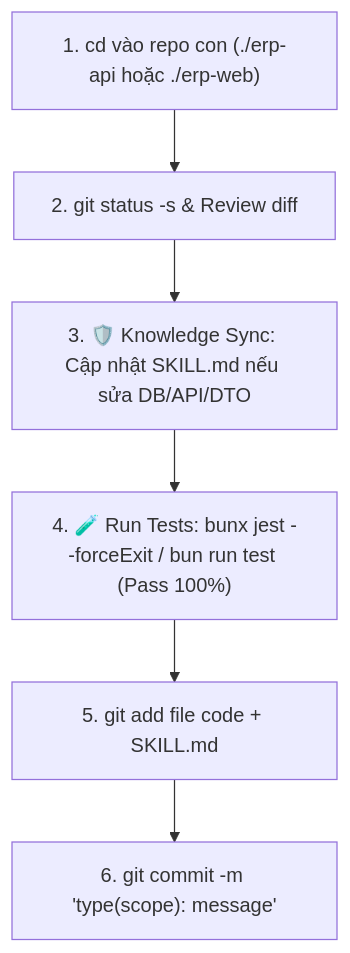
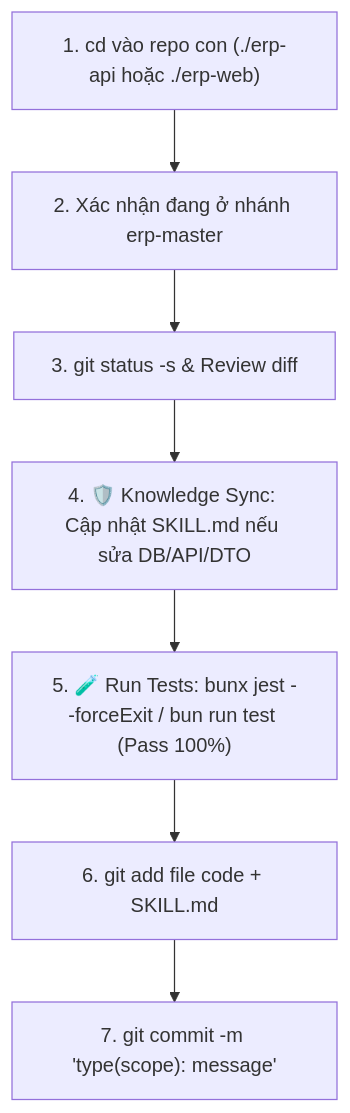
One commit to kindustries-erp/erp-web changed the first of 3 diagrams in .agents/workflows/erp-git-workflow.md. Above: the diagram before and after it, drawn with Mermaid. The commit also changed other lines of this file and 1 other file, not shown here.

Commit message:
docs(agents,workflows): standardize Master-First workflow mandate and downstream sync

````diff
--- a/.agents/workflows/erp-git-workflow.md
+++ b/.agents/workflows/erp-git-workflow.md
@@ -32,8 +35,9 @@
 ```mermaid
 graph TD
-    A["1. cd vào repo con (./erp-api hoặc ./erp-web)"] --> B["2. git status -s & Review diff"]
-    B --> C["3. 🛡️ Knowledge Sync: Cập nhật SKILL.md nếu sửa DB/API/DTO"]
-    C --> D["4. 🧪 Run Tests: bunx jest --forceExit / bun run test (Pass 100%)"]
-    D --> E["5. git add file code + SKILL.md"]
-    E --> F["6. git commit -m 'type(scope): message'"]
+    A["1. cd vào repo con (./erp-api hoặc ./erp-web)"] --> B["2. Xác nhận đang ở nhánh erp-master"]
+    B --> C["3. git status -s & Review diff"]
+    C --> D["4. 🛡️ Knowledge Sync: Cập nhật SKILL.md nếu sửa DB/API/DTO"]
+    D --> E["5. 🧪 Run Tests: bunx jest --forceExit / bun run test (Pass 100%)"]
+    E --> F["6. git add file code + SKILL.md"]
+    F --> G["7. git commit -m 'type(scope): message'"]
 ```
````
